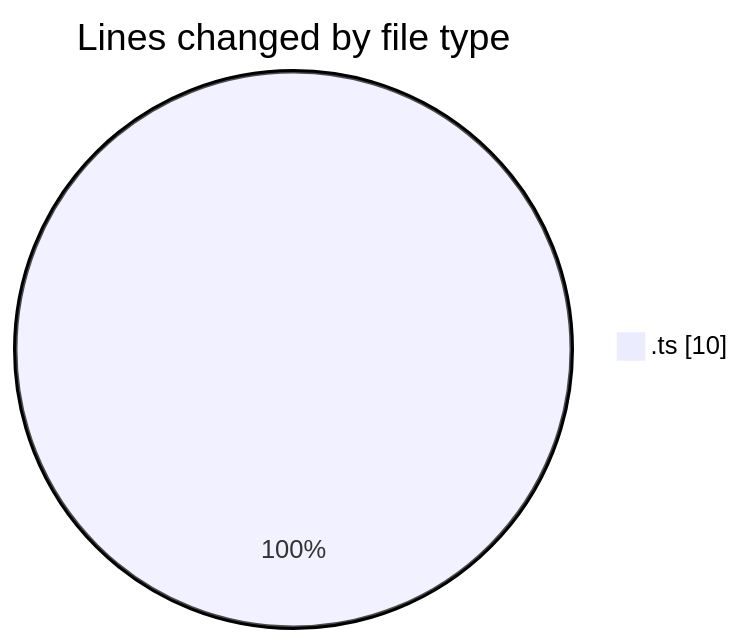
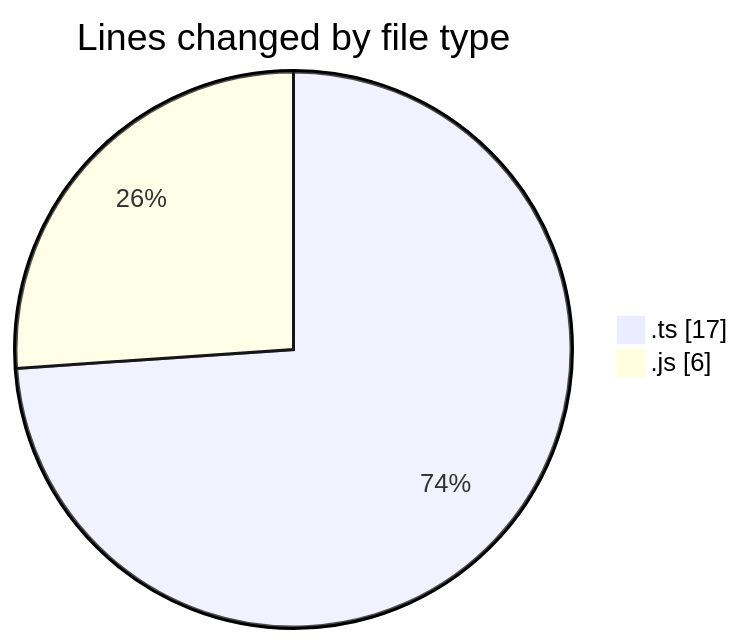
One commit to Ritupan-Deka/code-tracking changed the first of 2 diagrams in 2025-10-18/typescript/README.md. Above: the diagram before and after it, drawn with Mermaid. The commit also changed other lines of this file and 1 other file, not shown here.

````diff
--- a/2025-10-18/typescript/README.md
+++ b/2025-10-18/typescript/README.md
@@ -20,5 +21,6 @@
 ```mermaid
 pie showData
 title Lines changed by file type
-".ts" : 10
+".ts" : 17
+".js" : 6
 ```
````
